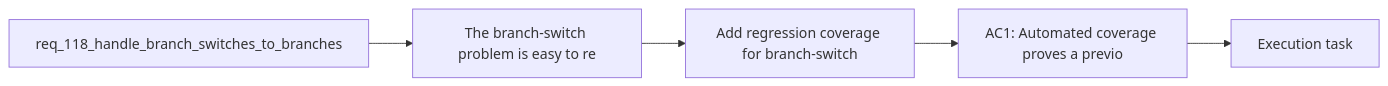
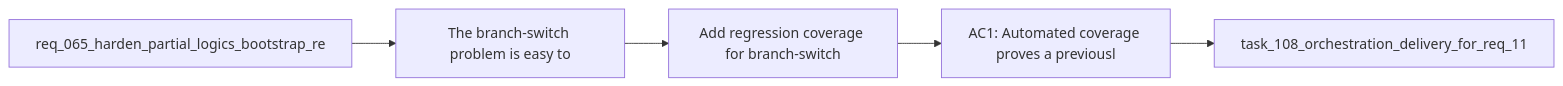
One commit to AlexAgo83/logics-manager changed the diagram in logics/backlog/item_207_add_regression_coverage_for_branch_switch_bootstrap_degradation_and_repair.md. Above: the diagram before and after it, drawn with Mermaid. The commit also changed 481 other files, not shown here.

````diff
--- a/logics/backlog/item_207_add_regression_coverage_for_branch_switch_bootstrap_degradation_and_repair.md
+++ b/logics/backlog/item_207_add_regression_coverage_for_branch_switch_bootstrap_degradation_and_repair.md
@@ -28,9 +28,9 @@
 ```mermaid
 %% logics-kind: backlog
 %% logics-signature: backlog|add-regression-coverage-for-branch-switc|req-065-harden-partial-logics-bootstrap-|the-branch-switch-problem-is-easy-to|ac1-automated-coverage-proves-a-previous
 flowchart LR
-    Request[req_118_handle_branch_switches_to_branches] --> Problem[The branch-switch problem is easy to re]
+    Request[req_065_harden_partial_logics_bootstrap_re] --> Problem[The branch-switch problem is easy to]
     Problem --> Scope[Add regression coverage for branch-switch]
-    Scope --> Acceptance[AC1: Automated coverage proves a previo]
-    Acceptance --> Tasks[Execution task]
+    Scope --> Acceptance[AC1: Automated coverage proves a previousl]
+    Acceptance --> Tasks[task_108_orchestration_delivery_for_req_11]
 ```
````
